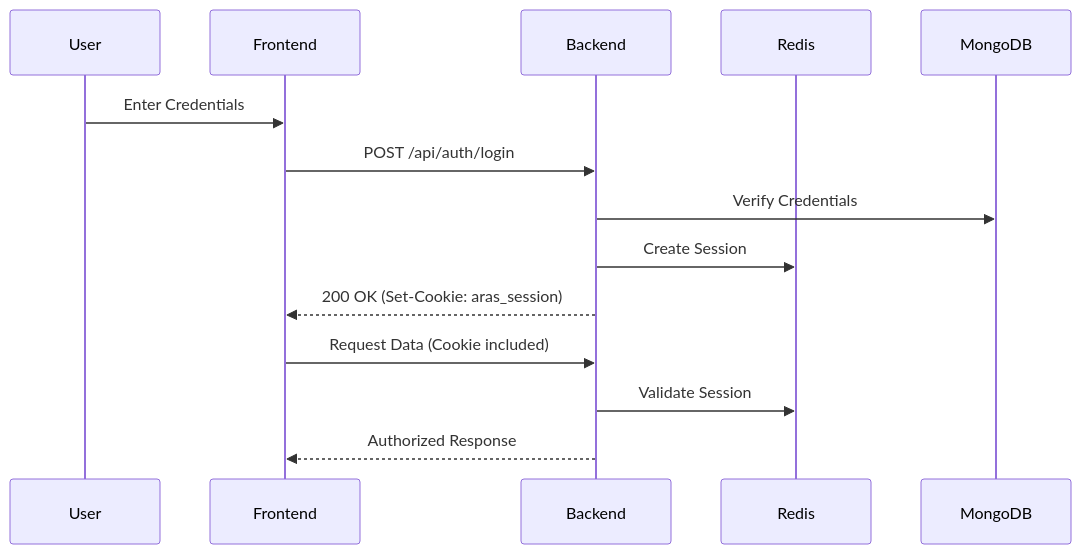
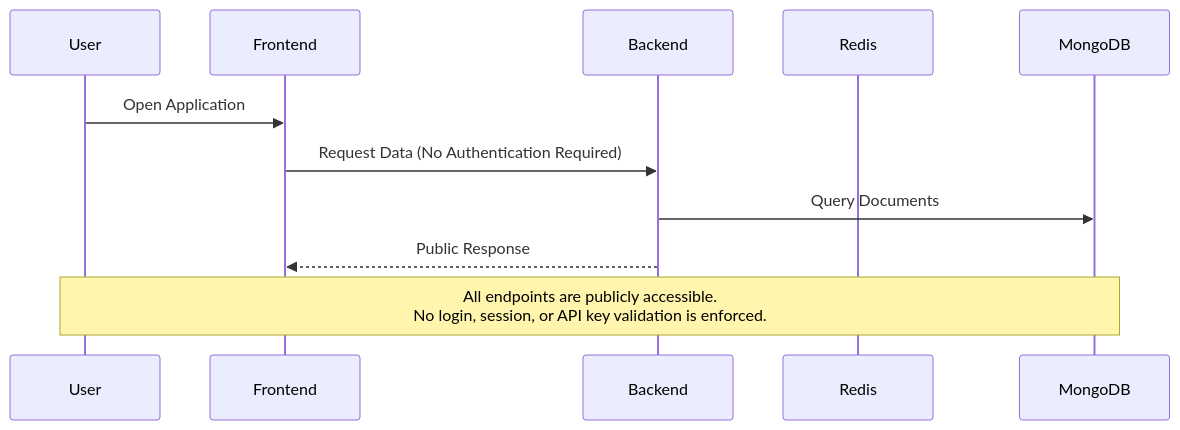
One commit to OrionGD/Academic-Research-Assistant changed the second of 2 diagrams in Docs/README.md. Above: the diagram before and after it, drawn with Mermaid. The commit also changed other lines of this file, not shown here.

````diff
--- a/Docs/README.md
+++ b/Docs/README.md
@@ -181,17 +246,14 @@
 ```mermaid
 sequenceDiagram
     participant User
     participant Frontend
     participant Backend
     participant Redis
     participant MongoDB
 
-    User->>Frontend: Enter Credentials
-    Frontend->>Backend: POST /api/auth/login
-    Backend->>MongoDB: Verify Credentials
-    Backend->>Redis: Create Session
-    Backend-->>Frontend: 200 OK (Set-Cookie: aras_session)
-    Frontend->>Backend: Request Data (Cookie included)
-    Backend->>Redis: Validate Session
-    Backend-->>Frontend: Authorized Response
+    User->>Frontend: Open Application
+    Frontend->>Backend: Request Data (No Authentication Required)
+    Backend->>MongoDB: Query Documents
+    Backend-->>Frontend: Public Response
+    Note over User, MongoDB: All endpoints are publicly accessible.<br/>No login, session, or API key validation is enforced.
 ```
````
